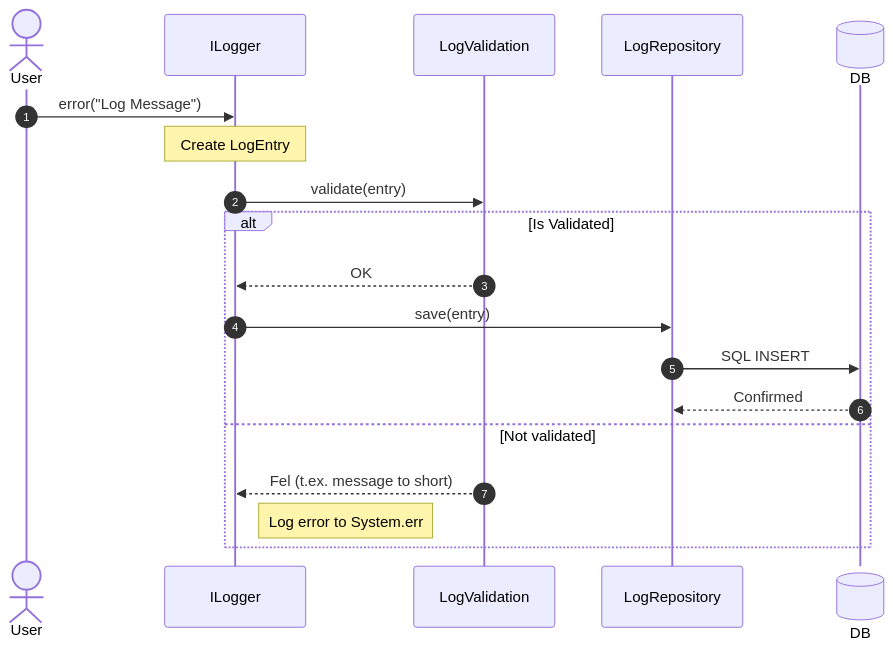
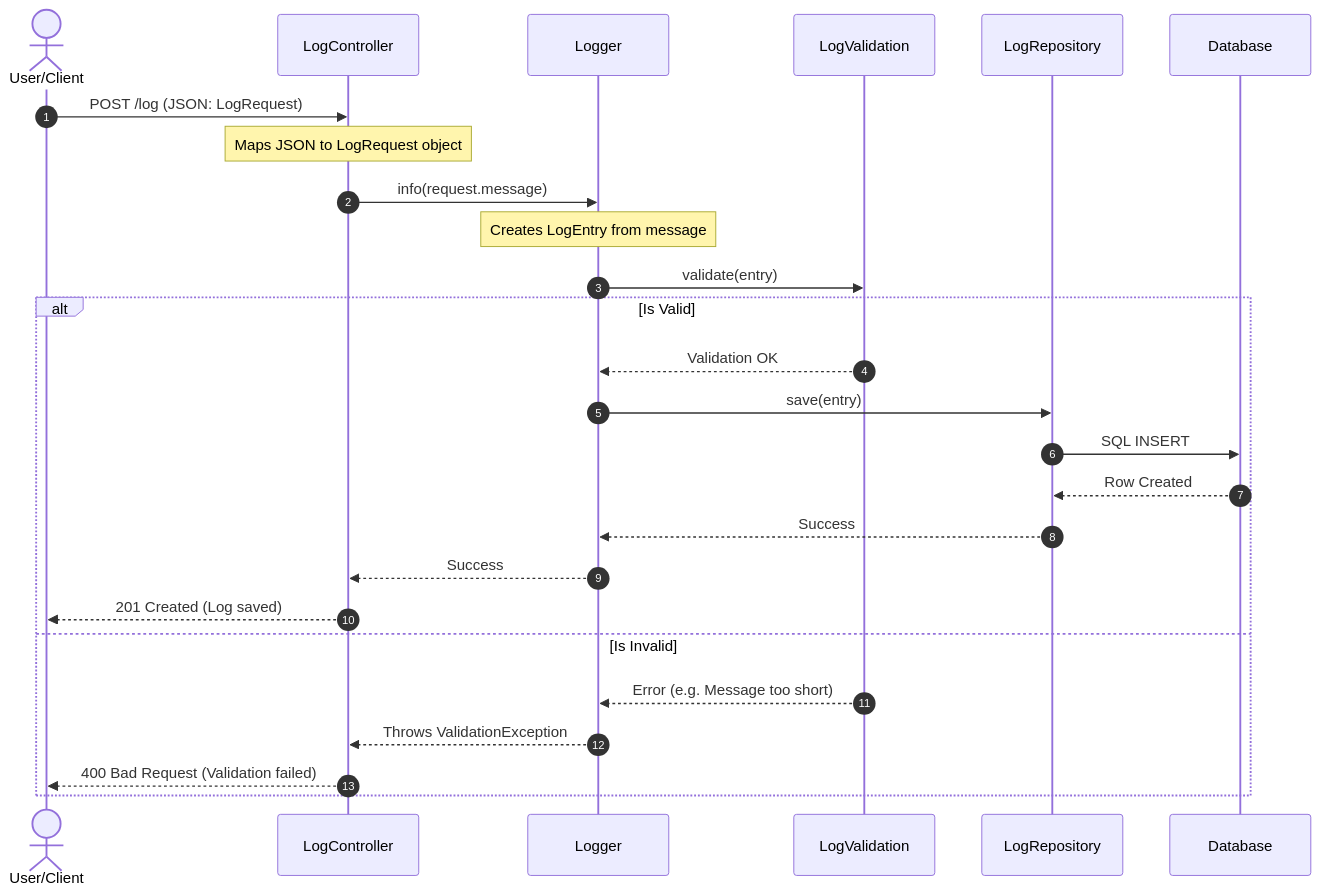
The diagram in diagram/SequenceDiagram.md (JonathanWindell/Javalite), drawn with Mermaid before and after one commit. The commit also changed 9 other files, not shown here.

````diff
--- a/diagram/SequenceDiagram.md
+++ b/diagram/SequenceDiagram.md
@@ -1,24 +1,32 @@
 ```mermaid
-    sequenceDiagram
+  sequenceDiagram
     autonumber
-    actor U as User
-    participant L as ILogger
+    actor U as User/Client
+    participant C as LogController
+    participant L as Logger
     participant V as LogValidation
     participant R as LogRepository
-    participant DB@{ "type" : "database" }
+    participant DB as Database
 
-    U->>L: error("Log Message")
-    Note over L: Create LogEntry
+    U->>C: POST /log (JSON: LogRequest)
+    Note over C: Maps JSON to LogRequest object
+    
+    C->>L: info(request.message)
+    
+    Note over L: Creates LogEntry from message
     L->>V: validate(entry)
     
-    alt Is Validated
-        V-->>L: OK
+    alt Is Valid
+        V-->>L: Validation OK
         L->>R: save(entry)
         R->>DB: SQL INSERT
-        DB-->>R: Confirmed
-    else Not validated
-        V-->>L: Fel (t.ex. message to short)
-        Note right of L: Log error to System.err
+        DB-->>R: Row Created
+        R-->>L: Success
+        L-->>C: Success
+        C-->>U: 201 Created (Log saved)
+    else Is Invalid
+        V-->>L: Error (e.g. Message too short)
+        L-->>C: Throws ValidationException
+        C-->>U: 400 Bad Request (Validation failed)
     end
-
 ```
````
